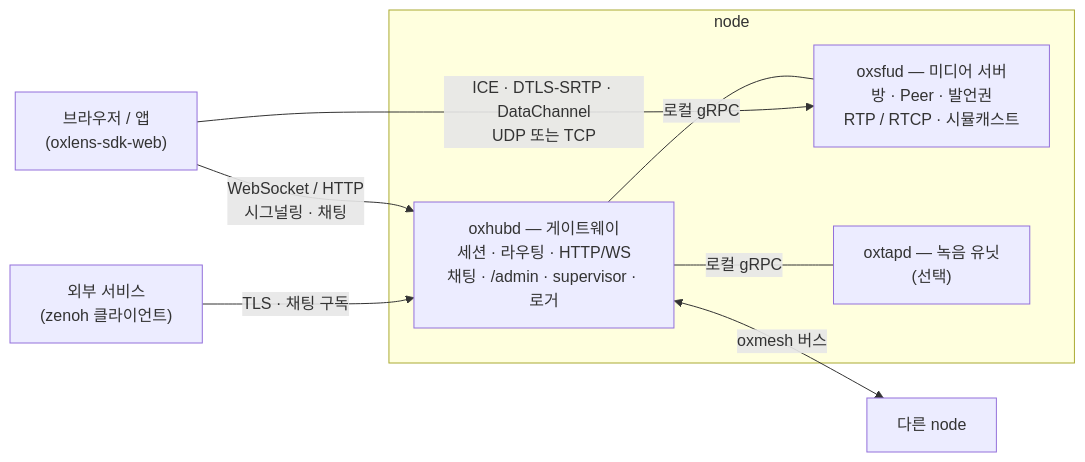
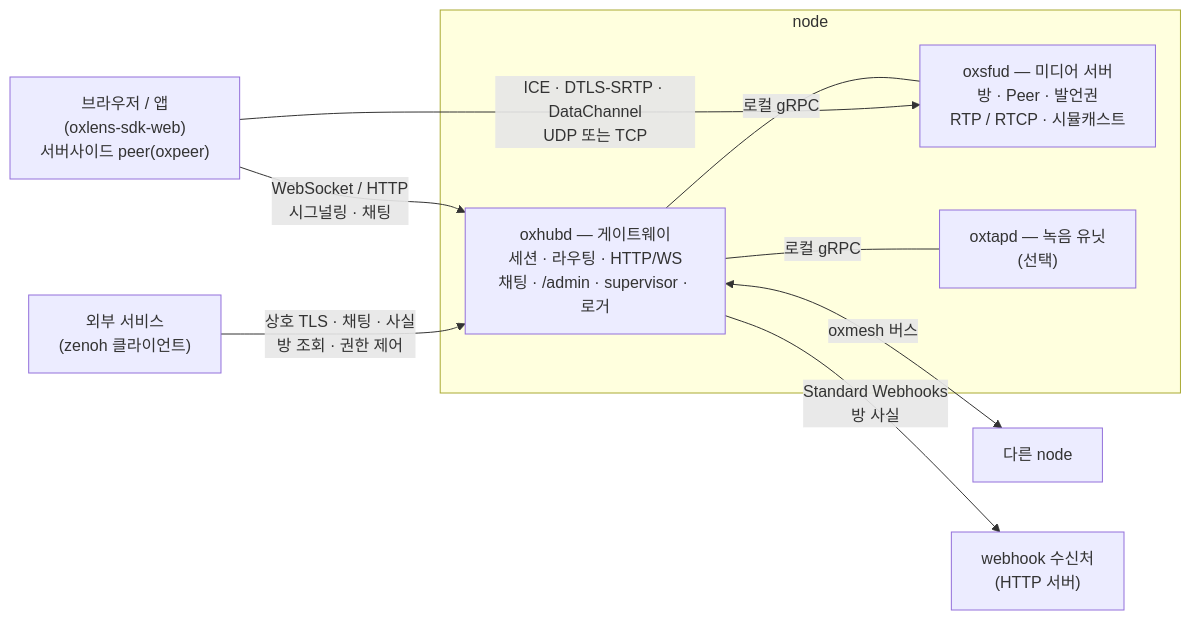
One commit to kodeholic9/oxlens-sfu changed the diagram in README.ko.md. Above: the diagram before and after it, drawn with Mermaid. The commit also changed other lines of this file and 1 other file, not shown here.

Commit message:
README 현행화 — 최신 태그 v1.13 · Apache 로 남는 판 v1.13 까지 · 듣는 방 20 · 구조 그림에 oxpeer · webhook · 대외 연동 입구 · 크레이트 표 oxpeer · 방 연동(hook) 절 새로(사실 구독 · 조회 · 제어 · webhook 키 꼴) · 설정 [hook] · 모형 검사 판 98 · 100 · 현황 절 v1.13 이후 (20261127)

````diff
--- a/README.ko.md
+++ b/README.ko.md
@@ -43,17 +43,19 @@
 ```mermaid
 flowchart LR
-  C["브라우저 / 앱<br/>(oxlens-sdk-web)"]
+  C["브라우저 / 앱<br/>(oxlens-sdk-web)<br/>서버사이드 peer(oxpeer)"]
   subgraph N1["node"]
     H["oxhubd — 게이트웨이<br/>세션 · 라우팅 · HTTP/WS<br/>채팅 · /admin · supervisor · 로거"]
     S["oxsfud — 미디어 서버<br/>방 · Peer · 발언권<br/>RTP / RTCP · 시뮬캐스트"]
     R["oxtapd — 녹음 유닛<br/>(선택)"]
     H -- "로컬 gRPC" --- S
     H -- "로컬 gRPC" --- R
   end
   N2["다른 node"]
   X["외부 서비스<br/>(zenoh 클라이언트)"]
+  W["webhook 수신처<br/>(HTTP 서버)"]
   C -- "WebSocket / HTTP<br/>시그널링 · 채팅" --> H
   C -- "ICE · DTLS-SRTP · DataChannel<br/>UDP 또는 TCP" --> S
   H <-- "oxmesh 버스" --> N2
-  X -- "TLS · 채팅 구독" --> H
+  X -- "상호 TLS · 채팅 · 사실<br/>방 조회 · 권한 제어" --> H
+  H -- "Standard Webhooks<br/>방 사실" --> W
 ```
````
